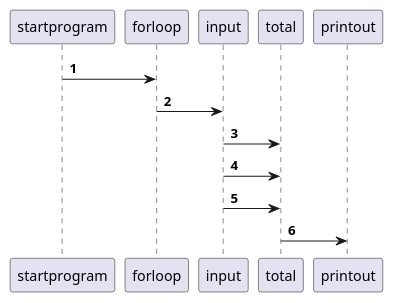
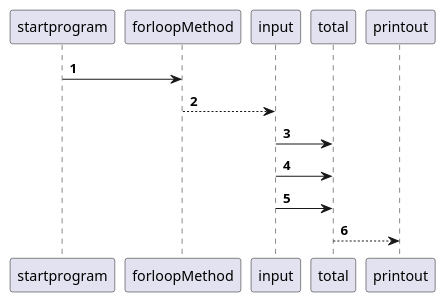
One commit to SlimyMonz/Java-Assignments changed the diagram in src/main/java/exercises/assignment2/ex28/EX28.puml. Above: the diagram before and after it, drawn with PlantUML. The commit also changed 3 other files, not shown here.

```diff
--- a/src/main/java/exercises/assignment2/ex28/EX28.puml
+++ b/src/main/java/exercises/assignment2/ex28/EX28.puml
@@ -1,19 +1,18 @@
 @startuml
 'https://plantuml.com/sequence-diagram
 
 autonumber
 
-startprogram -> forloop
+startprogram -> forloopMethod
 
-forloop -> input
+forloopMethod --> input
 
 input -> total
 
 input -> total
 
 input -> total
 
-total -> printout
-
+total --> printout
 
 @enduml
```
